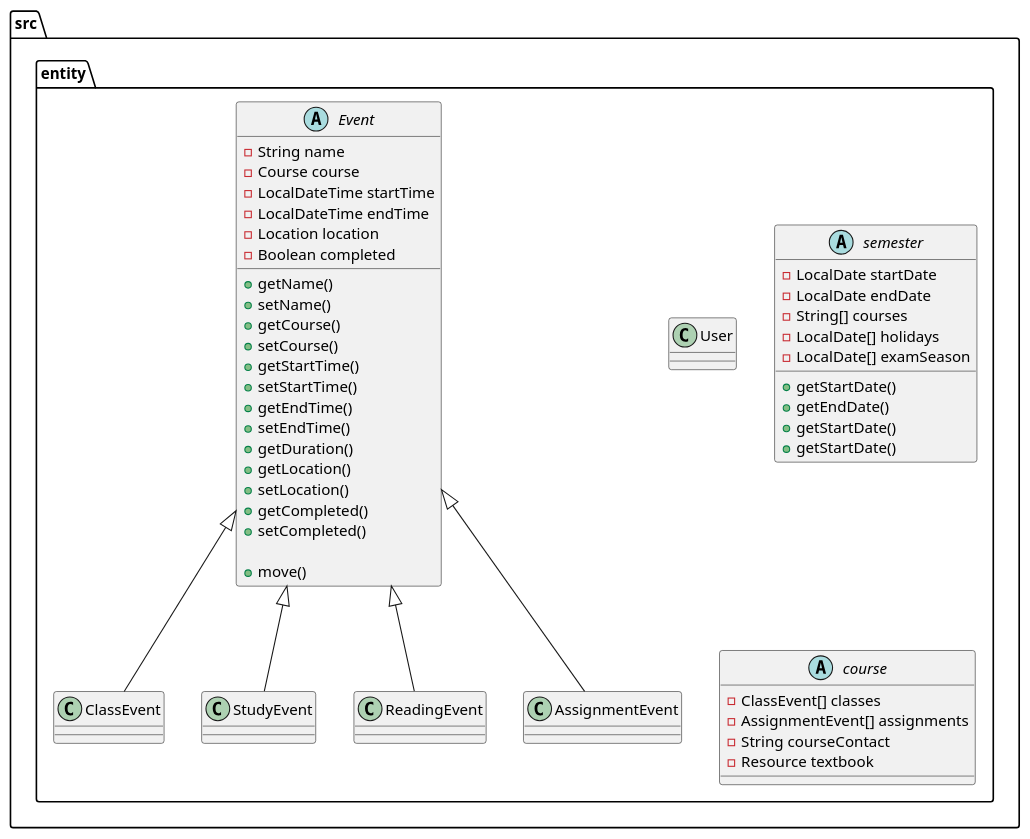
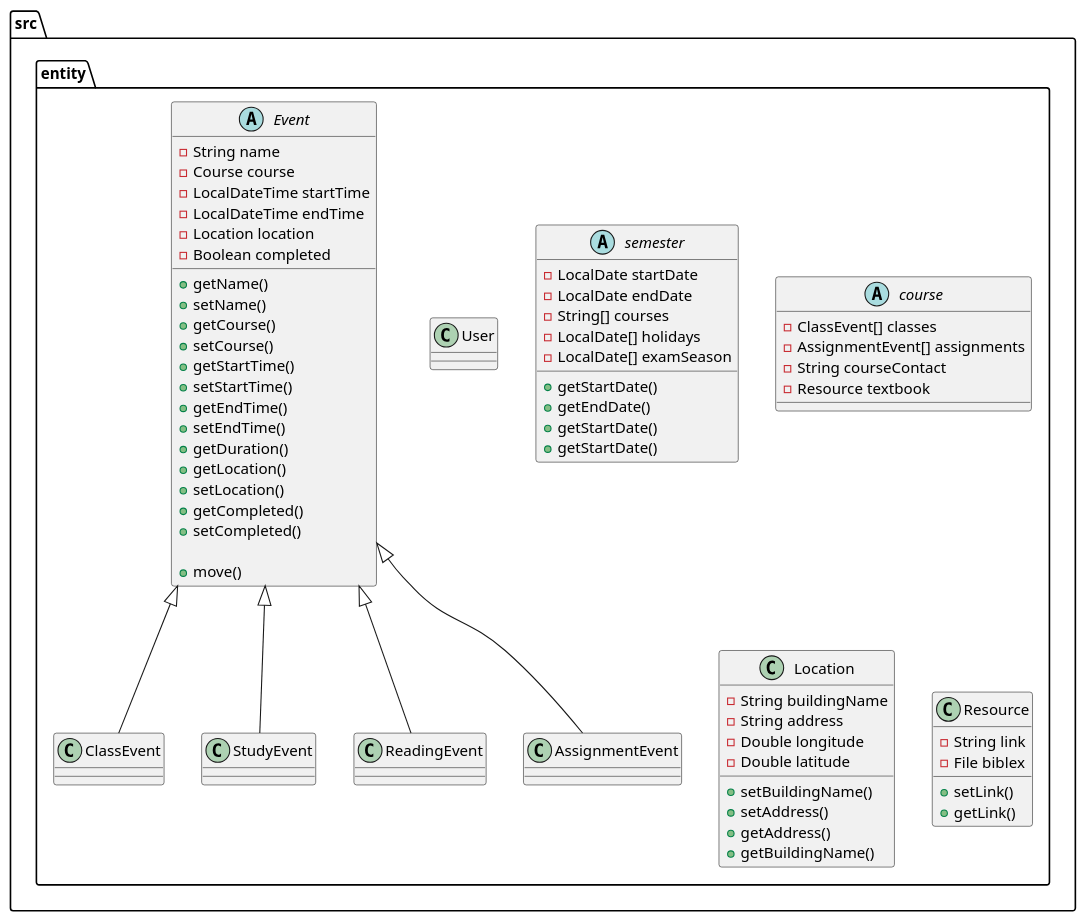
The diagram in DESIGN.puml (Rafiah-n/AcademiCal), drawn with PlantUML before and after one commit.

Commit message:
"Changes on Location and Reource"

```diff
--- a/DESIGN.puml
+++ b/DESIGN.puml
@@ -1,78 +1,99 @@
 @startuml
 
 folder src {
 
     folder entity {
 
         abstract Event {
             -String name
             -Course course
             -LocalDateTime startTime
             -LocalDateTime endTime
             -Location location
             -Boolean completed
 
             +getName()
             +setName()
             +getCourse()
             +setCourse()
             +getStartTime()
             +setStartTime()
             +getEndTime()
             +setEndTime()
             +getDuration()
             +getLocation()
             +setLocation()
             +getCompleted()
             +setCompleted()
 
             +move()  /' Moves start and end times in unison '/
         }
 
         class ClassEvent extends Event {
 
         }
 
         class StudyEvent extends Event {
 
         }
 
         class ReadingEvent extends Event {
 
         }
 
         class AssignmentEvent extends Event {
 
         }
 
         class User {
             ' Unimplemented for now
         }
 
         abstract semester{
          - LocalDate startDate
          - LocalDate endDate
          - String[] courses
          - LocalDate[] holidays
          - LocalDate[] examSeason
 
          + getStartDate()
          + getEndDate()
          + getStartDate()
          + getStartDate()
 
         }
 
         abstract course {
         - ClassEvent[] classes
         - AssignmentEvent[] assignments
         - String courseContact
         - Resource textbook
 
         }
 
+    class Location{
+        -String buildingName
+        -String address
+        -Double longitude
+        -Double latitude
+
+        + setBuildingName()
+        + setAddress()
+        + getAddress()
+        + getBuildingName()
+    }
+
+    class Resource{
+        -String link
+        -File biblex
+
+        + setLink()
+        + getLink()
+    }
+
     }  /' folder entity '/
+
 
 }  /' folder src '/
 
 @enduml
```
